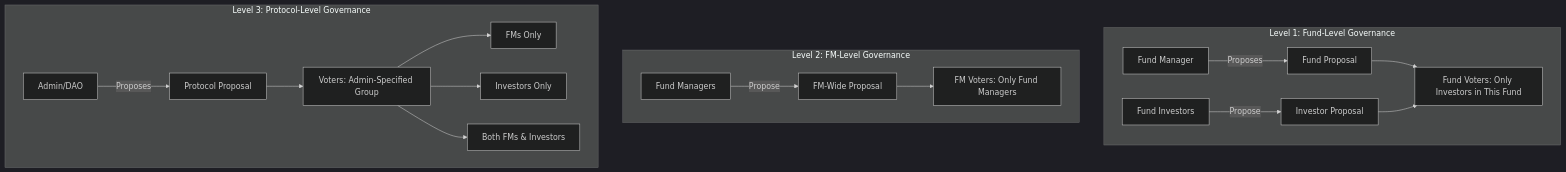
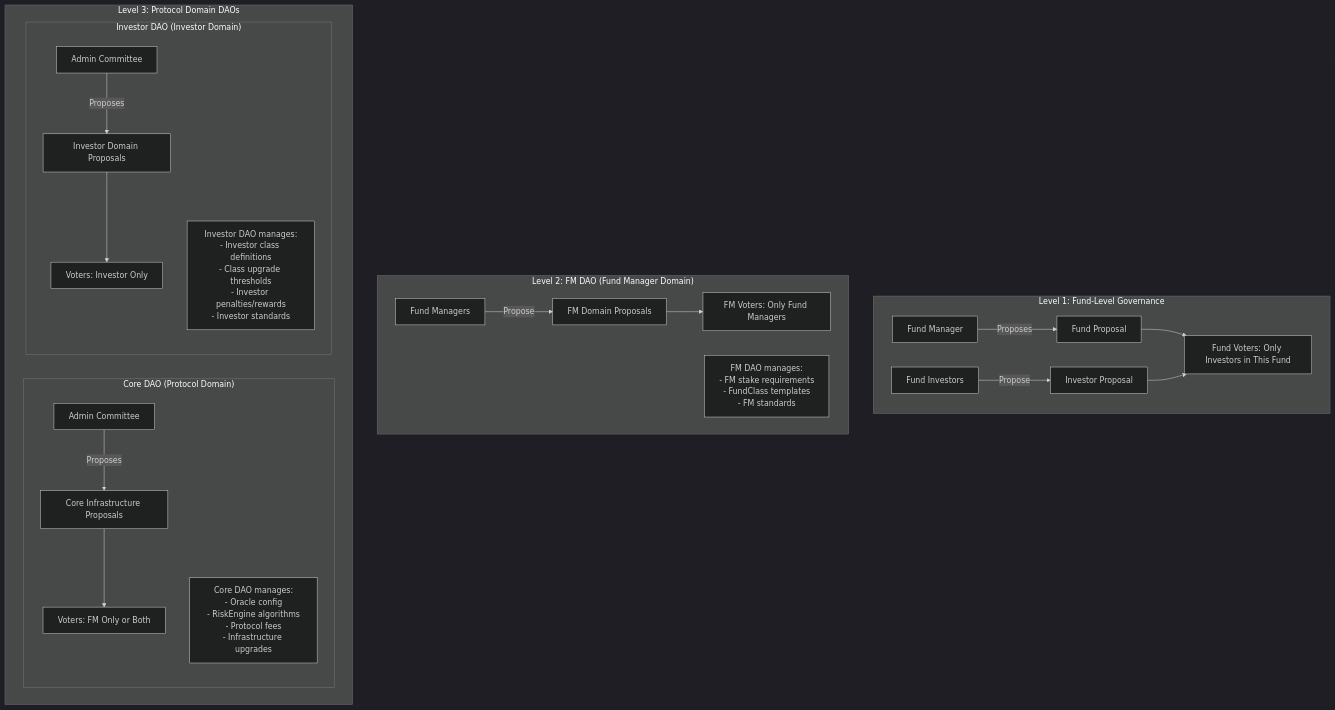
The diagram in docs/protocol/governance/overview.md (TOSS-Platform/docs), drawn with Mermaid (dark theme) before and after one commit. The commit also changed other lines of this file and 12 other files, not shown here.

````diff
--- a/docs/protocol/governance/overview.md
+++ b/docs/protocol/governance/overview.md
@@ -25,22 +27,29 @@
 ```mermaid
 graph TB
     subgraph "Level 1: Fund-Level Governance"
         FM1[Fund Manager] -->|Proposes| FP1[Fund Proposal]
         INV1[Fund Investors] -->|Propose| FP2[Investor Proposal]
         FP1 --> FV[Fund Voters: Only Investors in This Fund]
         FP2 --> FV
     end
     
-    subgraph "Level 2: FM-Level Governance"
-        FM2[Fund Managers] -->|Propose| FMP[FM-Wide Proposal]
+    subgraph "Level 2: FM DAO (Fund Manager Domain)"
+        FM2[Fund Managers] -->|Propose| FMP[FM Domain Proposals]
         FMP --> FMV[FM Voters: Only Fund Managers]
+        Note1[FM DAO manages:<br/>- FM stake requirements<br/>- FundClass templates<br/>- FM standards]
     end
     
-    subgraph "Level 3: Protocol-Level Governance"
-        Admin[Admin/DAO] -->|Proposes| PP[Protocol Proposal]
-        PP --> PV[Voters: Admin-Specified Group]
-        PV --> FMOnly[FMs Only]
-        PV --> InvOnly[Investors Only]
-        PV --> Both[Both FMs & Investors]
+    subgraph "Level 3: Protocol Domain DAOs"
+        subgraph "Core DAO (Protocol Domain)"
+            CoreAdmin[Admin Committee] -->|Proposes| CoreProp[Core Infrastructure Proposals]
+            CoreProp --> CoreVoters[Voters: FM Only or Both]
+            Note2[Core DAO manages:<br/>- Oracle config<br/>- RiskEngine algorithms<br/>- Protocol fees<br/>- Infrastructure upgrades]
+        end
+        
+        subgraph "Investor DAO (Investor Domain)"
+            InvAdmin[Admin Committee] -->|Proposes| InvProp[Investor Domain Proposals]
+            InvProp --> InvVoters[Voters: Investor Only]
+            Note3[Investor DAO manages:<br/>- Investor class definitions<br/>- Class upgrade thresholds<br/>- Investor penalties/rewards<br/>- Investor standards]
+        end
     end
 ```
````
